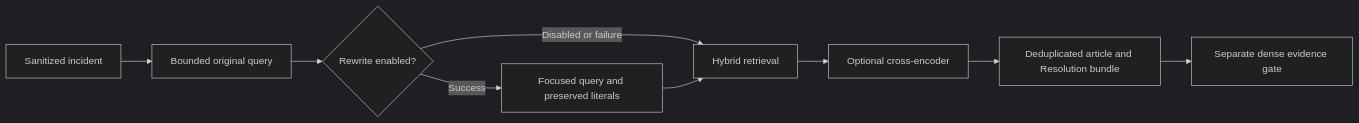
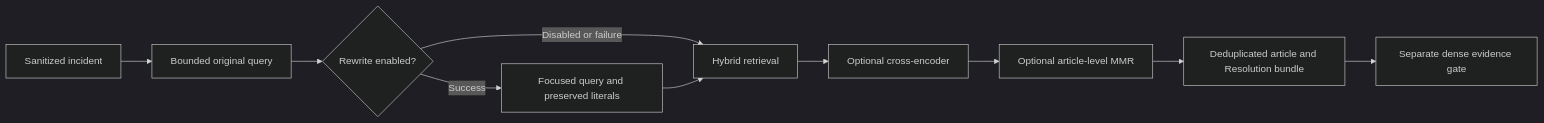
Before and after one commit to MoHatemTC/barq-sprints-agentic-incident-resolution-platform-g1: the diagram in docs/retrieval_query_rewrite_and_reranking.md, drawn with Mermaid (dark theme). The commit also changed other lines of this file and 13 other files, not shown here.

Commit message:
feat: add measured article-level MMR diversity selection

````diff
--- a/docs/retrieval_query_rewrite_and_reranking.md
+++ b/docs/retrieval_query_rewrite_and_reranking.md
@@ -44,11 +49,12 @@
 ```mermaid
 flowchart LR
     I[Sanitized incident] --> Q[Bounded original query]
     Q --> R{Rewrite enabled?}
     R -->|Disabled or failure| H[Hybrid retrieval]
     R -->|Success| F[Focused query and preserved literals]
     F --> H
     H --> C[Optional cross-encoder]
-    C --> B[Deduplicated article and Resolution bundle]
+    C --> M[Optional article-level MMR]
+    M --> B[Deduplicated article and Resolution bundle]
     B --> G[Separate dense evidence gate]
 ```
````
